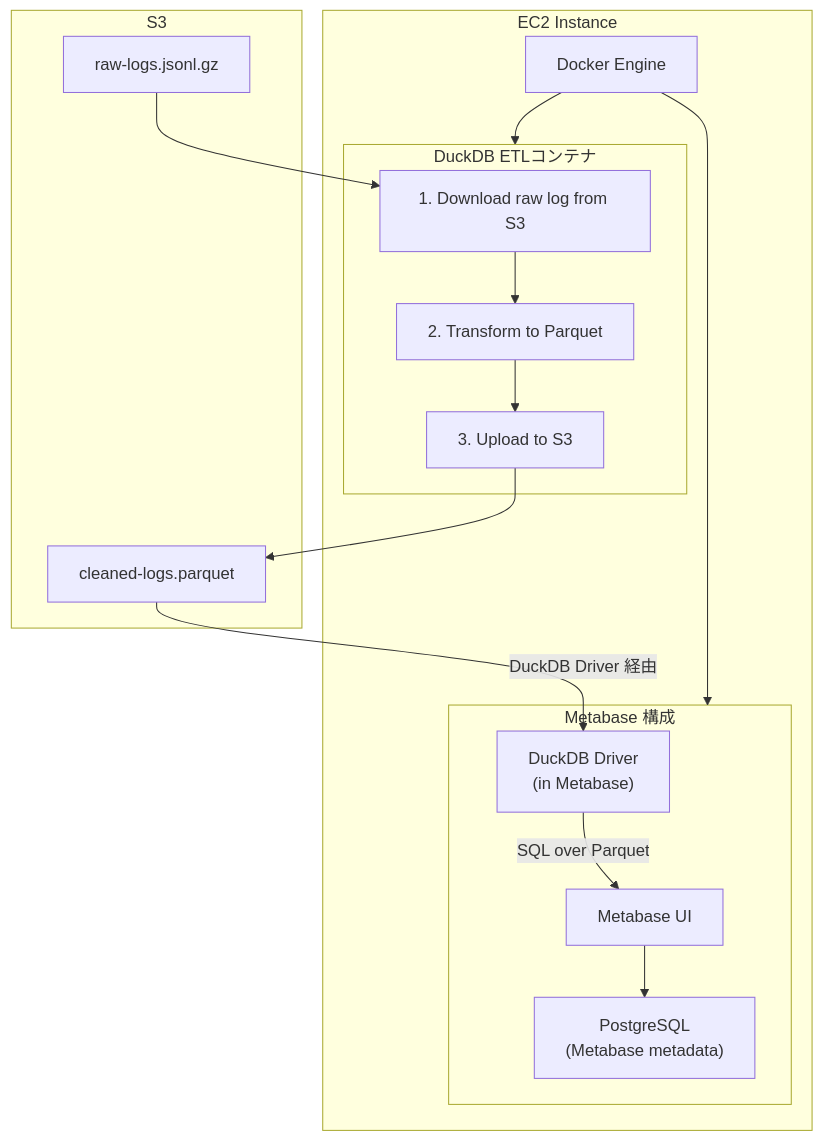
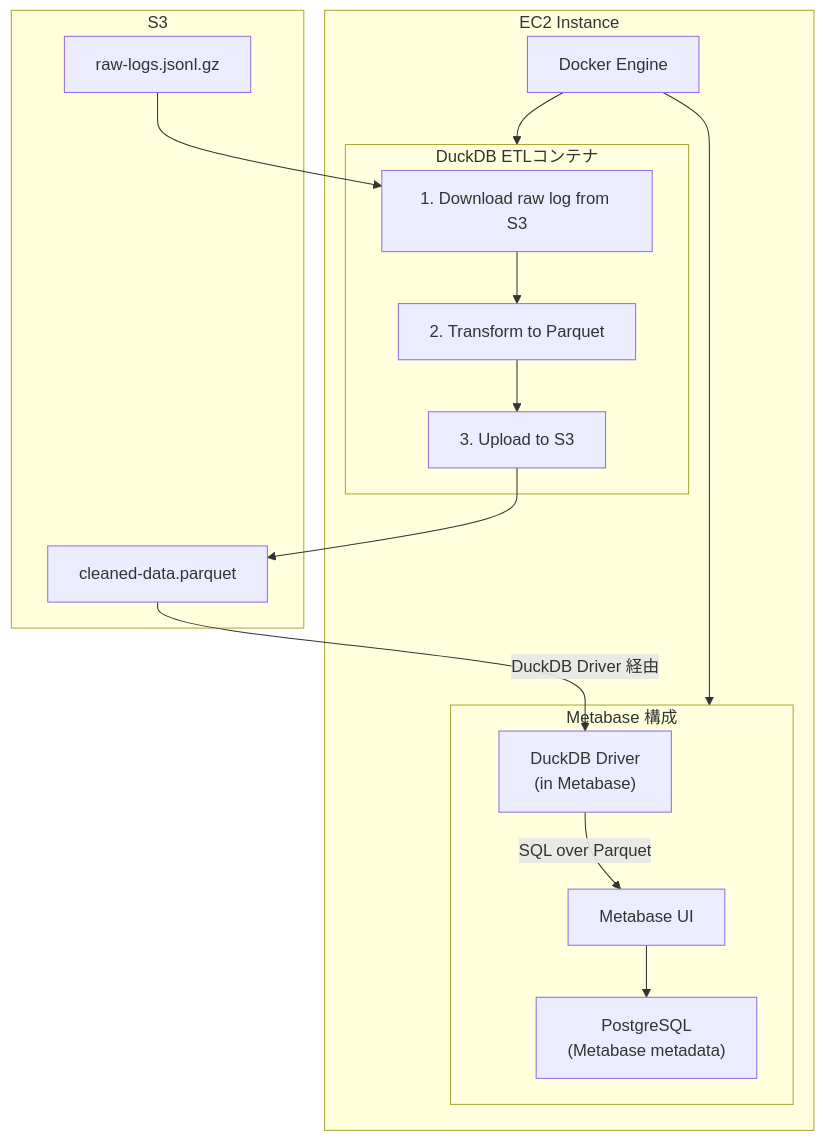
One commit to junhat6/metabase-duckdb changed the diagram in README.md. Above: the diagram before and after it, drawn with Mermaid. The commit also changed other lines of this file, not shown here.

````diff
--- a/README.md
+++ b/README.md
@@ -5,35 +7,35 @@
 ```mermaid
 graph TD
     subgraph AWS["S3"]
         RawLog["raw-logs.jsonl.gz"]
-        ParquetData["cleaned-logs.parquet"]
+        ParquetData["cleaned-data.parquet"]
     end
 
     subgraph EC2["EC2 Instance"]
         Docker["Docker Engine"]
 
         subgraph ETL["DuckDB ETLコンテナ"]
             Step1["1. Download raw log from S3"]
             Step2["2. Transform to Parquet"]
             Step3["3. Upload to S3"]
         end
 
         subgraph MetabaseStack["Metabase 構成"]
             Metabase["Metabase UI"]
             DuckDBDriver["DuckDB Driver<br/>(in Metabase)"]
             Postgres["PostgreSQL<br/>(Metabase metadata)"]
         end
     end
 
     RawLog --> Step1
     Step1 --> Step2
     Step2 --> Step3
     Step3 --> ParquetData
 
     ParquetData -->|"DuckDB Driver 経由"| DuckDBDriver
     DuckDBDriver -->|"SQL over Parquet"| Metabase
     Metabase --> Postgres
 
     Docker --> ETL
     Docker --> MetabaseStack
 ```
````
